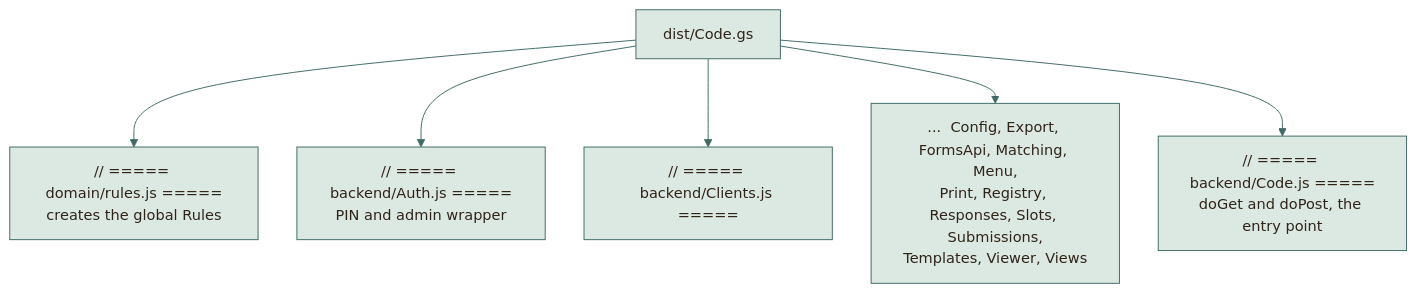
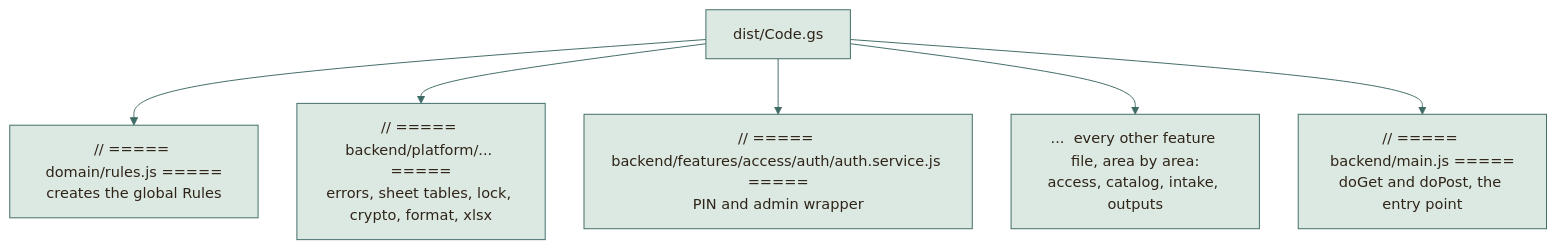
Before and after one commit to moyeh04/forms-platform: the third of 4 diagrams in docs/architecture/BUILD-PIPELINE.md, drawn with Mermaid. The commit also changed other lines of this file and 7 other files, not shown here.

First line of the commit message:
docs(backend): Name the new backend files in every document

````diff
--- a/docs/architecture/BUILD-PIPELINE.md
+++ b/docs/architecture/BUILD-PIPELINE.md
@@ -178,36 +180,36 @@
 ```mermaid
 %%{init: {
   'theme': 'base',
   'themeVariables': {
     'fontFamily': 'ui-sans-serif, system-ui, -apple-system, Segoe UI, Roboto, sans-serif',
     'fontSize': '15px',
     'primaryColor': '#DCE9E2', 'primaryBorderColor': '#3F6B66', 'primaryTextColor': '#2F2418',
     'secondaryColor': '#F0E4C8', 'secondaryBorderColor': '#C9A24A', 'secondaryTextColor': '#2F2418',
     'tertiaryColor': '#F6EFDC', 'tertiaryBorderColor': '#CDBB94', 'tertiaryTextColor': '#2F2418',
     'lineColor': '#3F6B66', 'textColor': '#2F2418', 'mainBkg': '#DCE9E2', 'nodeBorder': '#3F6B66',
     'clusterBkg': '#F6EFDC', 'clusterBorder': '#CDBB94', 'titleColor': '#2F2418',
     'edgeLabelBackground': '#F8F1DD',
     'actorBkg': '#DCE9E2', 'actorBorder': '#3F6B66', 'actorTextColor': '#2F2418', 'actorLineColor': '#8FB3AB',
     'signalColor': '#477A73', 'signalTextColor': '#477A73',
     'labelBoxBkgColor': '#F0E4C8', 'labelBoxBorderColor': '#C9A24A', 'labelTextColor': '#2F2418', 'loopTextColor': '#6A5A44',
     'noteBkgColor': '#FBEFC9', 'noteBorderColor': '#C9A24A', 'noteTextColor': '#2F2418',
     'activationBkgColor': '#DCE9E2', 'activationBorderColor': '#3F6B66', 'sequenceNumberColor': '#F8F1DD',
     'transitionColor': '#3F6B66', 'stateLabelColor': '#2F2418', 'stateBkg': '#DCE9E2', 'altBackground': '#F6EFDC',
     'attributeBackgroundColorOdd': '#F8F1DD', 'attributeBackgroundColorEven': '#F0E4C8'
   },
   'flowchart': {'curve': 'basis', 'padding': 14, 'nodeSpacing': 40, 'rankSpacing': 46},
   'sequence': {'mirrorActors': false, 'messageMargin': 34, 'boxMargin': 8}
 }}%%
 flowchart TD
     A["dist/Code.gs"] --> B["// ===== domain/rules.js =====<br/>creates the global Rules"]
-    A --> C["// ===== backend/Auth.js =====<br/>PIN and admin wrapper"]
-    A --> D["// ===== backend/Clients.js ====="]
-    A --> E["...  Config, Export, FormsApi, Matching, Menu,<br/>Print, Registry, Responses, Slots, Submissions,<br/>Templates, Viewer, Views"]
-    A --> F["// ===== backend/Code.js =====<br/>doGet and doPost, the entry point"]
+    A --> C["// ===== backend/platform/... =====<br/>errors, sheet tables, lock, crypto, format, xlsx"]
+    A --> D["// ===== backend/features/access/auth/auth.service.js =====<br/>PIN and admin wrapper"]
+    A --> E["...  every other feature file, area by area:<br/>access, catalog, intake, outputs"]
+    A --> F["// ===== backend/main.js =====<br/>doGet and doPost, the entry point"]
     classDef cDb fill:#F3E2B3,stroke:#B8892D,stroke-width:1.5px,color:#2F2418
     classDef cActor fill:#F4D9D3,stroke:#9A3328,stroke-width:1.5px,color:#2F2418
     classDef cDec fill:#FBEFC9,stroke:#C9A24A,stroke-width:1.5px,color:#2F2418
     classDef cEnd fill:#2F2418,stroke:#2F2418,color:#F8F1DD
     classDef cErr fill:#F6D5CF,stroke:#A12B1F,stroke-width:1.5px,color:#5A140C
     classDef cOk fill:#BFD9CF,stroke:#2E5A55,stroke-width:1.5px,color:#17302D
 ```
````
